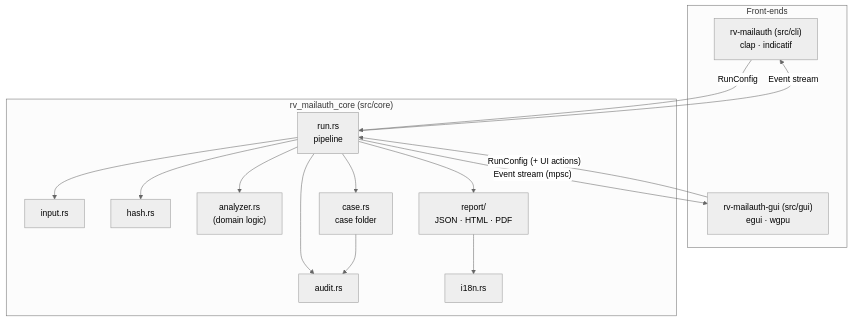
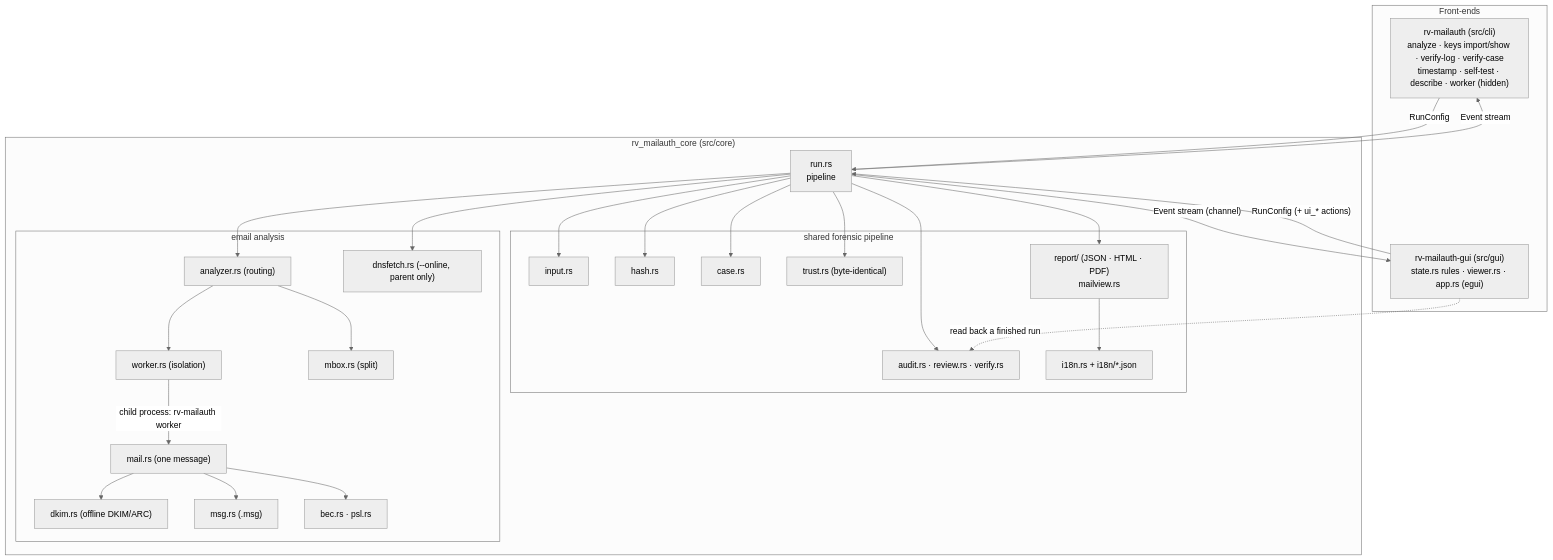
Before and after one commit to Panacota96/rv-mailauth: the first of 3 diagrams in docs/architecture.md, drawn with Mermaid (neutral theme). The commit also changed other lines of this file and 101 other files, not shown here.

First line of the commit message:
feat: RV MailAuth v0.1 — email authenticity signals (core, CLI, GUI, docs) (#3)

````diff
--- a/docs/architecture.md
+++ b/docs/architecture.md
@@ -7,24 +9,40 @@
 ```mermaid
 flowchart TB
-    subgraph Front-ends
-        CLI["rv-mailauth (src/cli)<br/>clap · indicatif"]
-        GUI["rv-mailauth-gui (src/gui)<br/>egui · wgpu"]
+    subgraph Front["Front-ends"]
+        CLI["rv-mailauth (src/cli)<br/>analyze · keys import/show · verify-log · verify-case<br/>timestamp · self-test · describe · worker (hidden)"]
+        GUI["rv-mailauth-gui (src/gui)<br/>state.rs rules · viewer.rs · app.rs (egui)"]
     end
     subgraph Core["rv_mailauth_core (src/core)"]
         RUN["run.rs<br/>pipeline"]
-        IN["input.rs"]
-        H["hash.rs"]
-        AN["analyzer.rs<br/>(domain logic)"]
-        AU["audit.rs"]
-        CA["case.rs<br/>case folder"]
-        REP["report/<br/>JSON · HTML · PDF"]
-        I18N["i18n.rs"]
+        subgraph Shared["shared forensic pipeline"]
+            IN["input.rs"]
+            H["hash.rs"]
+            AU["audit.rs · review.rs · verify.rs"]
+            CA["case.rs"]
+            TR["trust.rs (byte-identical)"]
+            REP["report/ (JSON · HTML · PDF)<br/>mailview.rs"]
+            I18N["i18n.rs + i18n/*.json"]
+        end
+        subgraph Mail["email analysis"]
+            AN["analyzer.rs (routing)"]
+            WK["worker.rs (isolation)"]
+            ML["mail.rs (one message)"]
+            DK["dkim.rs (offline DKIM/ARC)"]
+            MS["msg.rs (.msg)"]
+            MB["mbox.rs (split)"]
+            BE["bec.rs · psl.rs"]
+            DN["dnsfetch.rs (--online, parent only)"]
+        end
     end
     CLI -- RunConfig --> RUN
-    GUI -- "RunConfig (+ UI actions)" --> RUN
+    GUI -- "RunConfig (+ ui_* actions)" --> RUN
     RUN -- "Event stream" --> CLI
-    RUN -- "Event stream (mpsc)" --> GUI
-    RUN --> IN & H & AN & AU & REP & CA
-    CA --> AU
+    RUN -- "Event stream (channel)" --> GUI
+    RUN --> IN & H & AU & CA & REP & TR & AN & DN
+    AN --> MB
+    AN --> WK
+    WK -- "child process: rv-mailauth worker" --> ML
+    ML --> DK & MS & BE
     REP --> I18N
+    GUI -. "read back a finished run" .-> AU
 ```
````
